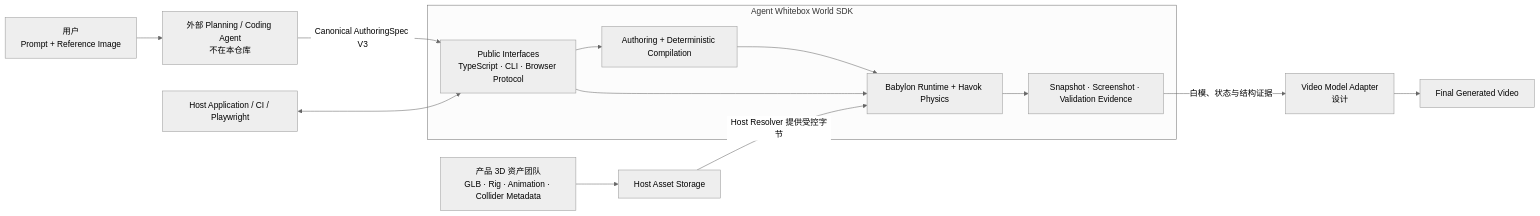
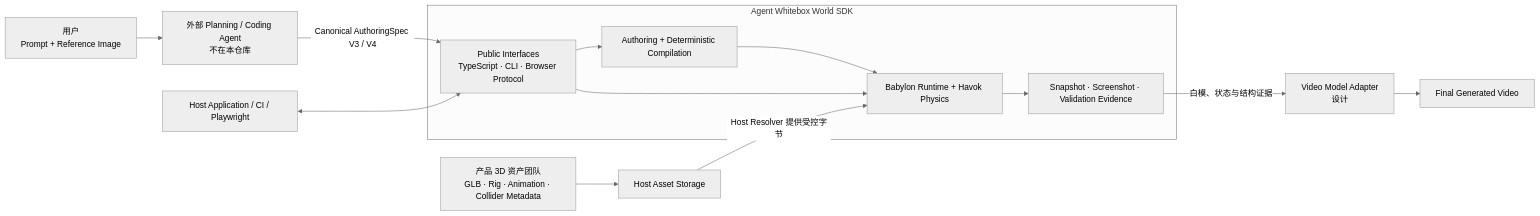
Before and after one commit to Gjh829803/ceshi: the first of 5 diagrams in docs/02-sdk-architecture.md, drawn with Mermaid (neutral theme). The commit also changed other lines of this file and 6 other files, not shown here.

````diff
--- a/docs/02-sdk-architecture.md
+++ b/docs/02-sdk-architecture.md
@@ -21,21 +24,21 @@
 ```mermaid
 flowchart LR
     USER["用户<br/>Prompt + Reference Image"] --> AGENT["外部 Planning / Coding Agent<br/>不在本仓库"]
 
     ASSET_TEAM["产品 3D 资产团队<br/>GLB · Rig · Animation · Collider Metadata"] --> ASSET_STORE["Host Asset Storage"]
 
     subgraph SDK["Agent Whitebox World SDK"]
         API["Public Interfaces<br/>TypeScript · CLI · Browser Protocol"]
         AUTHORING["Authoring + Deterministic Compilation"]
         RUNTIME["Babylon Runtime + Havok Physics"]
         EVIDENCE["Snapshot · Screenshot · Validation Evidence"]
         API --> AUTHORING --> RUNTIME --> EVIDENCE
         API --> RUNTIME
     end
 
-    AGENT -->|"Canonical AuthoringSpec V3"| API
+    AGENT -->|"Canonical AuthoringSpec V3 / V4"| API
     ASSET_STORE -->|"Host Resolver 提供受控字节"| RUNTIME
     HOST["Host Application / CI / Playwright"] <--> API
     EVIDENCE -->|"白模、状态与结构证据"| ADAPTER["Video Model Adapter<br/>设计"]
     ADAPTER --> VIDEO["Final Generated Video"]
 ```
````
